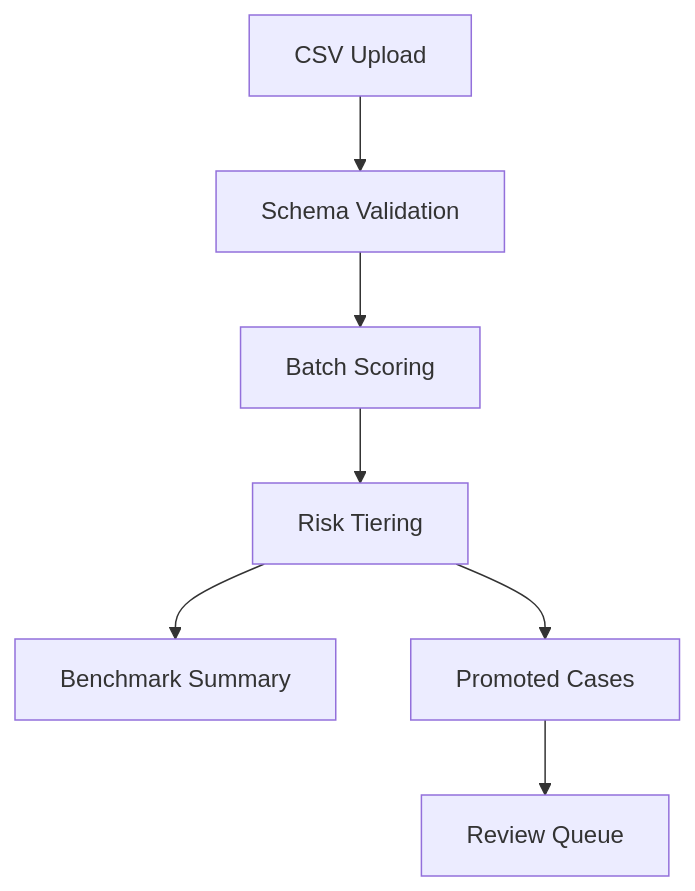
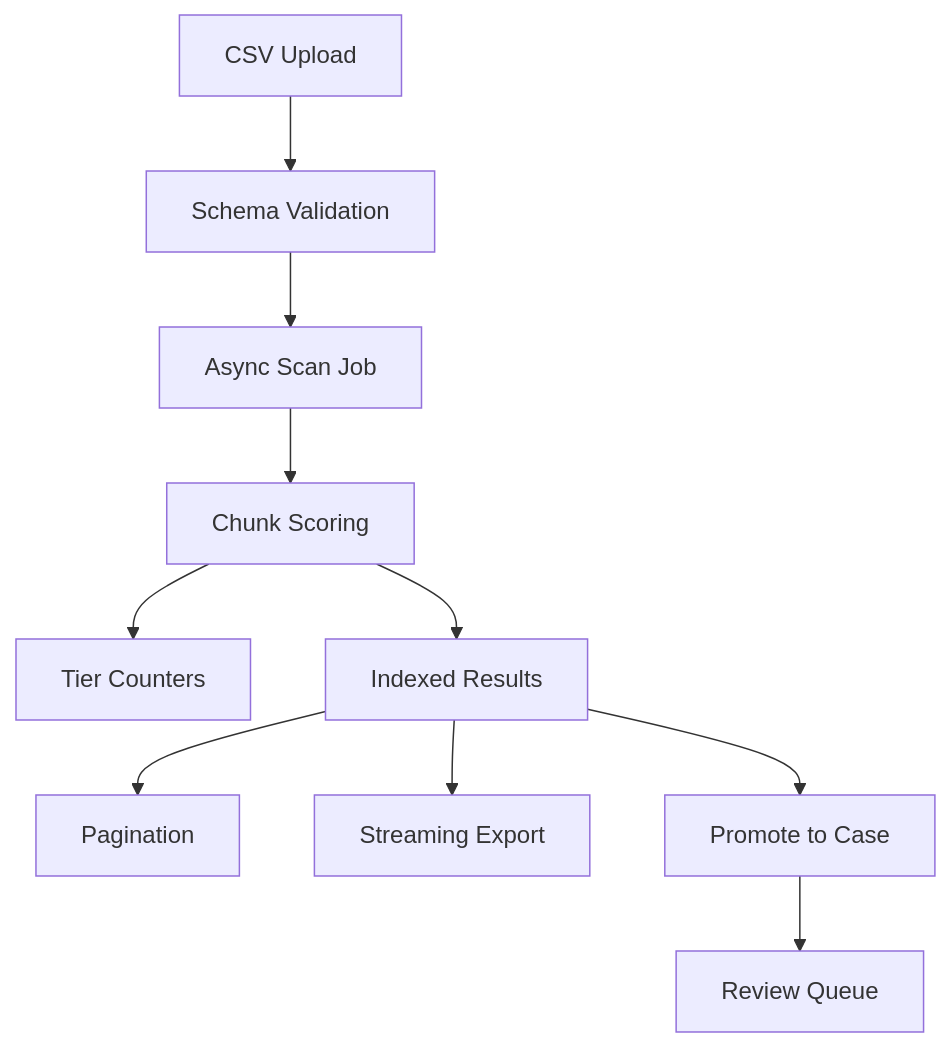
Before and after one commit to IjazKakkodDS/transaction-fraud-intelligence-console: the fifth of 6 diagrams in README.md, drawn with Mermaid. The commit also changed other lines of this file, not shown here.

Commit message:
Enhance README architecture and reviewer flow

````diff
--- a/README.md
+++ b/README.md
@@ -347,16 +397,22 @@
 ```mermaid
 graph TD
 A[CSV Upload]
 B[Schema Validation]
-C[Batch Scoring]
-D[Risk Tiering]
-E[Benchmark Summary]
-F[Promoted Cases]
-G[Review Queue]
+C[Async Scan Job]
+D[Chunk Scoring]
+E[Tier Counters]
+F[Indexed Results]
+G[Pagination]
+H[Streaming Export]
+I[Promote to Case]
+J[Review Queue]
 A --> B
 B --> C
 C --> D
 D --> E
 D --> F
 F --> G
+F --> H
+F --> I
+I --> J
 ```
````
